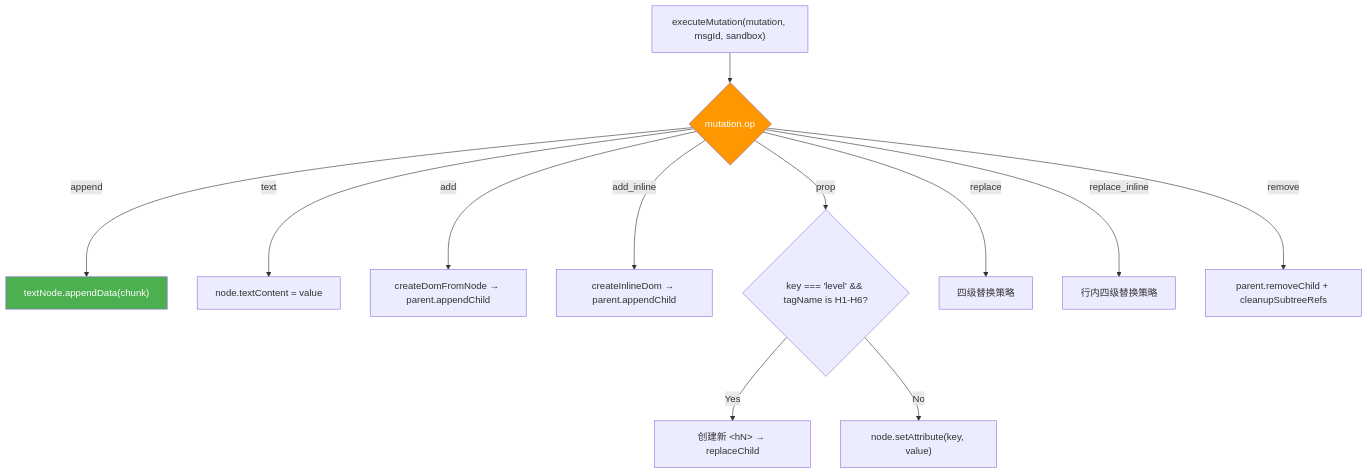
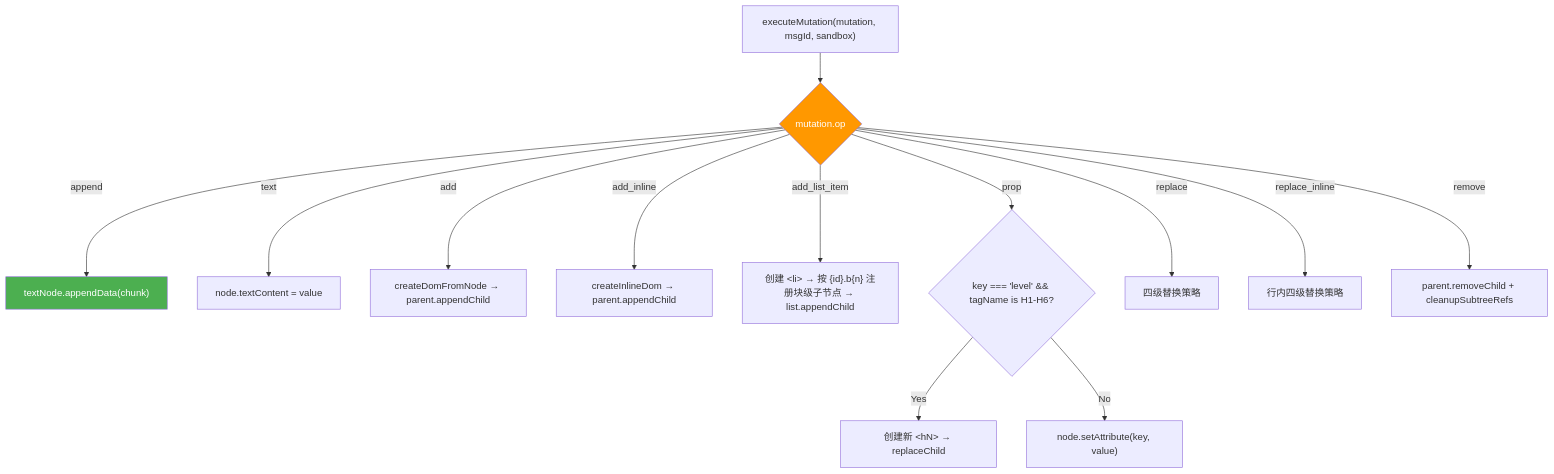
One commit to MRiecy/VCPMobile changed the third of 4 diagrams in docs/modules/ast-diff/04_前端AstExecutor_DOM外科引擎.md. Above: the diagram before and after it, drawn with Mermaid. The commit also changed other lines of this file and 18 other files, not shown here.

````diff
--- a/docs/modules/ast-diff/04_前端AstExecutor_DOM外科引擎.md
+++ b/docs/modules/ast-diff/04_前端AstExecutor_DOM外科引擎.md
@@ -228,19 +228,20 @@
 ```mermaid
 flowchart TD
     EM["executeMutation(mutation, msgId, sandbox)"] --> Dispatch{"mutation.op"}
 
     Dispatch -->|"append"| Append["textNode.appendData(chunk)"]
     Dispatch -->|"text"| Text["node.textContent = value"]
     Dispatch -->|"add"| Add["createDomFromNode → parent.appendChild"]
     Dispatch -->|"add_inline"| AddInline["createInlineDom → parent.appendChild"]
+    Dispatch -->|"add_list_item"| AddListItem["创建 &lt;li&gt; → 按 {id}.b{n} 注册块级子节点 → list.appendChild"]
     Dispatch -->|"prop"| Prop{"key === 'level' && tagName is H1-H6?"}
     Dispatch -->|"replace"| Replace["四级替换策略"]
     Dispatch -->|"replace_inline"| ReplaceInline["行内四级替换策略"]
     Dispatch -->|"remove"| Remove["parent.removeChild + cleanupSubtreeRefs"]
 
     Prop -->|"Yes"| HeadingReplace["创建新 &lt;hN&gt; → replaceChild"]
     Prop -->|"No"| SetAttr["node.setAttribute(key, value)"]
 
     style Append fill:#4caf50,color:#fff
     style Dispatch fill:#ff9800,color:#fff
 ```
````
